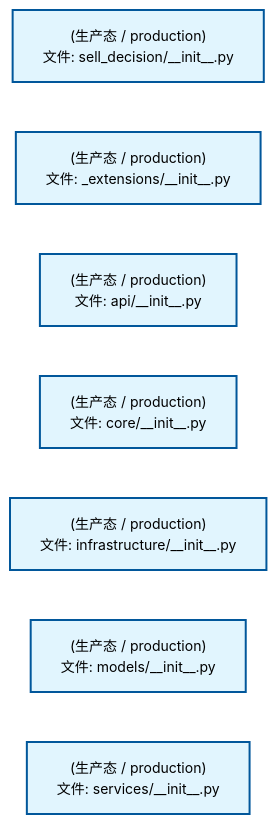
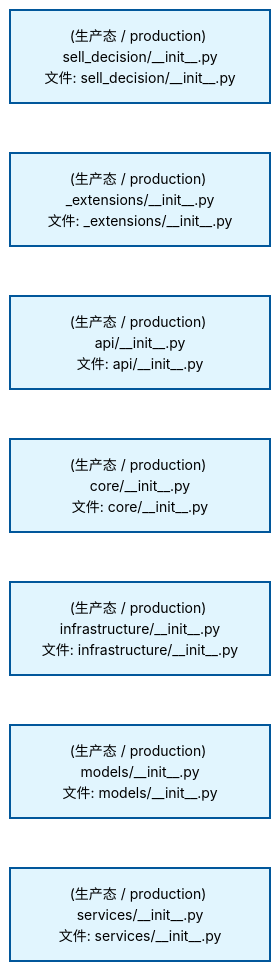
Before and after one commit to xuanFelixVan/ZephyrAlpha: the second of 4 diagrams in docs/02_enterprise_architecture/02_domain_architecture_docs/67_d_sell_decision.md, drawn with Mermaid. The commit also changed other lines of this file and 77 other files, not shown here.

````diff
--- a/docs/02_enterprise_architecture/02_domain_architecture_docs/67_d_sell_decision.md
+++ b/docs/02_enterprise_architecture/02_domain_architecture_docs/67_d_sell_decision.md
@@ -53,22 +126,22 @@
 ```mermaid
 %%{init: {'theme': 'base', 'themeVariables': {'primaryColor': '#eaeaea', 'primaryTextColor': '#333333', 'primaryBorderColor': '#666666', 'lineColor': '#666666', 'secondaryColor': '#eaeaea', 'tertiaryColor': '#eaeaea', 'fontSize': '14px'}}}%%
 flowchart TD
-    src_zephyr_sell_decision_init_py["(生产态 / production)<br/>文件: sell_decision/__init__.py"]
-    src_zephyr_sell_decision_extensions_init_py["(生产态 / production)<br/>文件: _extensions/__init__.py"]
-    src_zephyr_sell_decision_api_init_py["(生产态 / production)<br/>文件: api/__init__.py"]
-    src_zephyr_sell_decision_core_init_py["(生产态 / production)<br/>文件: core/__init__.py"]
-    src_zephyr_sell_decision_infrastructure_init_py["(生产态 / production)<br/>文件: infrastructure/__init__.py"]
-    src_zephyr_sell_decision_models_init_py["(生产态 / production)<br/>文件: models/__init__.py"]
-    src_zephyr_sell_decision_services_init_py["(生产态 / production)<br/>文件: services/__init__.py"]
+    src_zephyr_sell_decision_init_py["(生产态 / production) sell_decision/__init__.py<br/>文件: sell_decision/__init__.py"]
+    src_zephyr_sell_decision_extensions_init_py["(生产态 / production) _extensions/__init__.py<br/>文件: _extensions/__init__.py"]
+    src_zephyr_sell_decision_api_init_py["(生产态 / production) api/__init__.py<br/>文件: api/__init__.py"]
+    src_zephyr_sell_decision_core_init_py["(生产态 / production) core/__init__.py<br/>文件: core/__init__.py"]
+    src_zephyr_sell_decision_infrastructure_init_py["(生产态 / production) infrastructure/__init__.py<br/>文件: infrastructure/__init__.py"]
+    src_zephyr_sell_decision_models_init_py["(生产态 / production) models/__init__.py<br/>文件: models/__init__.py"]
+    src_zephyr_sell_decision_services_init_py["(生产态 / production) services/__init__.py<br/>文件: services/__init__.py"]
     src_zephyr_sell_decision_init_py ~~~ src_zephyr_sell_decision_extensions_init_py
     src_zephyr_sell_decision_extensions_init_py ~~~ src_zephyr_sell_decision_api_init_py
     src_zephyr_sell_decision_api_init_py ~~~ src_zephyr_sell_decision_core_init_py
     src_zephyr_sell_decision_core_init_py ~~~ src_zephyr_sell_decision_infrastructure_init_py
     src_zephyr_sell_decision_infrastructure_init_py ~~~ src_zephyr_sell_decision_models_init_py
     src_zephyr_sell_decision_models_init_py ~~~ src_zephyr_sell_decision_services_init_py
     classDef production fill:#e1f5fe,stroke:#01579b,stroke-width:2px,color:#000
     classDef design fill:#fff3e0,stroke:#e65100,stroke-width:2px,color:#000,stroke-dasharray: 5 5
     classDef external_prod fill:#e8f4fd,stroke:#0277bd,stroke-width:1px,color:#000
     classDef external_design fill:#fff8e7,stroke:#ef6c00,stroke-width:1px,color:#000,stroke-dasharray: 5 5
     class src_zephyr_sell_decision_init_py,src_zephyr_sell_decision_extensions_init_py,src_zephyr_sell_decision_api_init_py,src_zephyr_sell_decision_core_init_py,src_zephyr_sell_decision_infrastructure_init_py,src_zephyr_sell_decision_models_init_py,src_zephyr_sell_decision_services_init_py production
 ```
````
